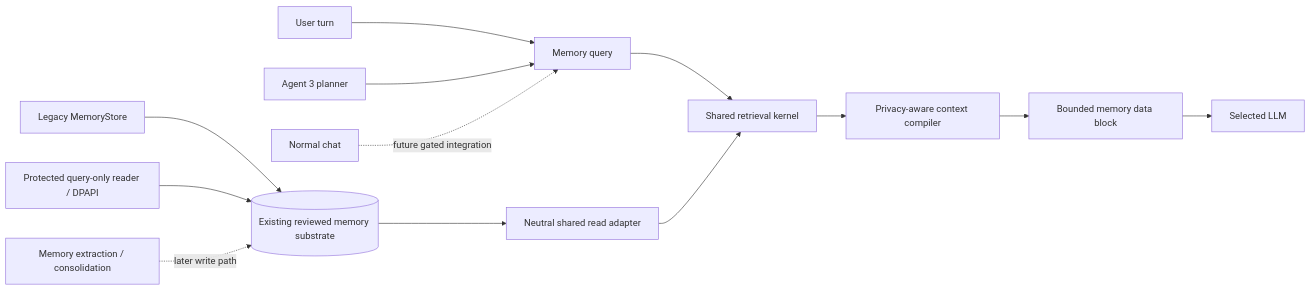
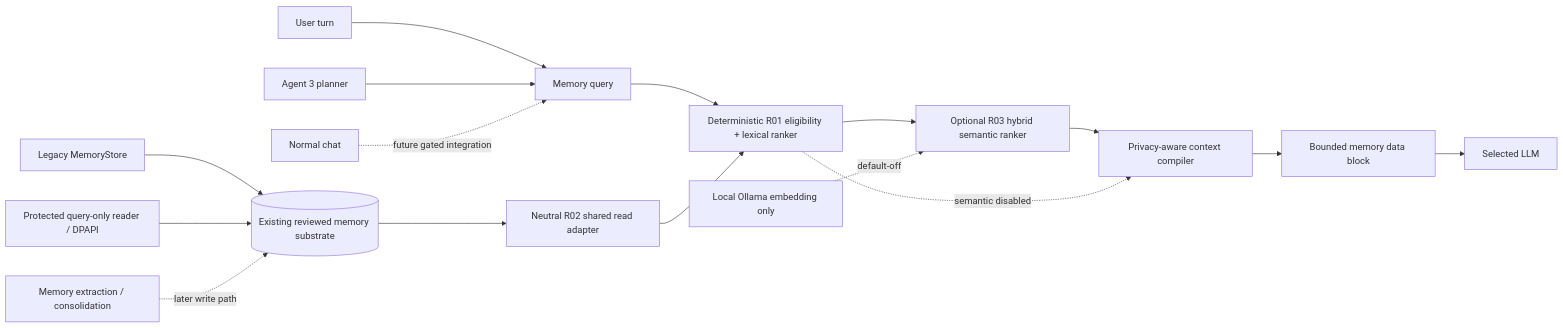
Before and after one commit to Ternedal/ModelRig: the diagram in docs/memory/MEMORY_4.md, drawn with Mermaid. The commit also changed other lines of this file and 4 other files, not shown here.

Commit message:
feat(memory): add optional local semantic retrieval (M4-R03)

````diff
--- a/docs/memory/MEMORY_4.md
+++ b/docs/memory/MEMORY_4.md
@@ -31,18 +31,21 @@
 ```mermaid
 flowchart LR
     U[User turn] --> Q[Memory query]
-    Q --> R[Shared retrieval kernel]
-    S[(Existing reviewed memory substrate)] --> A[Neutral shared read adapter]
+    Q --> R[Deterministic R01 eligibility + lexical ranker]
+    S[(Existing reviewed memory substrate)] --> A[Neutral R02 shared read adapter]
     A --> R
-    R --> C[Privacy-aware context compiler]
+    R --> H[Optional R03 hybrid semantic ranker]
+    O[Local Ollama embedding only] -. default-off .-> H
+    H --> C[Privacy-aware context compiler]
+    R -. semantic disabled .-> C
     C --> B[Bounded memory data block]
     B --> L[Selected LLM]
 
     LEG[Legacy MemoryStore] --> S
     PROT[Protected query-only reader / DPAPI] --> S
 
     A3[Agent 3 planner] --> Q
     NC[Normal chat] -. future gated integration .-> Q
 
     X[Memory extraction / consolidation] -. later write path .-> S
 ```
````
